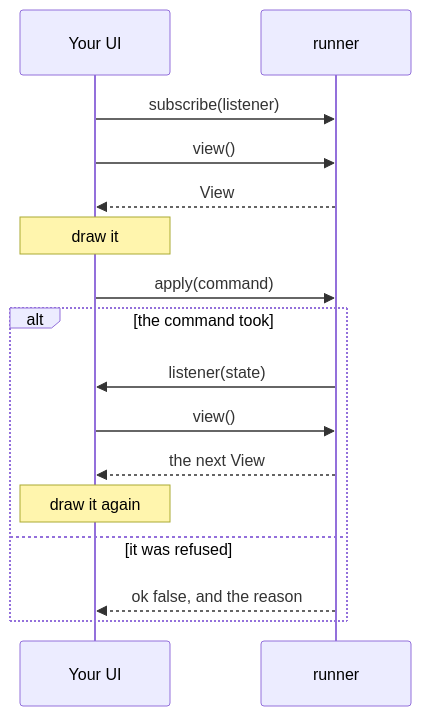
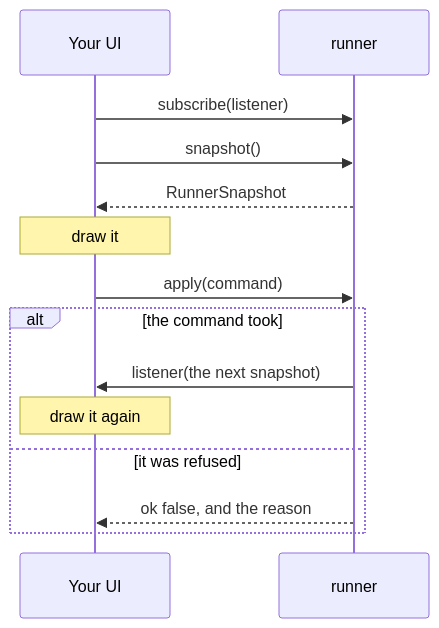
Before and after one commit to IFLoom/ifloom: the diagram in site/content/docs/(latest)/guide/running-a-game.md, drawn with Mermaid. The commit also changed other lines of this file and 111 other files, not shown here.

First line of the commit message:
One runner snapshot, with the unlocks status in it

````diff
--- a/site/content/docs/(latest)/guide/running-a-game.md
+++ b/site/content/docs/(latest)/guide/running-a-game.md
@@ -54,18 +54,16 @@
 ```mermaid
 sequenceDiagram
   participant UI as Your UI
   participant R as runner
   UI->>R: subscribe(listener)
-  UI->>R: view()
-  R-->>UI: View
+  UI->>R: snapshot()
+  R-->>UI: RunnerSnapshot
   Note over UI: draw it
   UI->>R: apply(command)
   alt the command took
-    R->>UI: listener(state)
-    UI->>R: view()
-    R-->>UI: the next View
+    R->>UI: listener(the next snapshot)
     Note over UI: draw it again
   else it was refused
     R-->>UI: ok false, and the reason
   end
 ```
````
